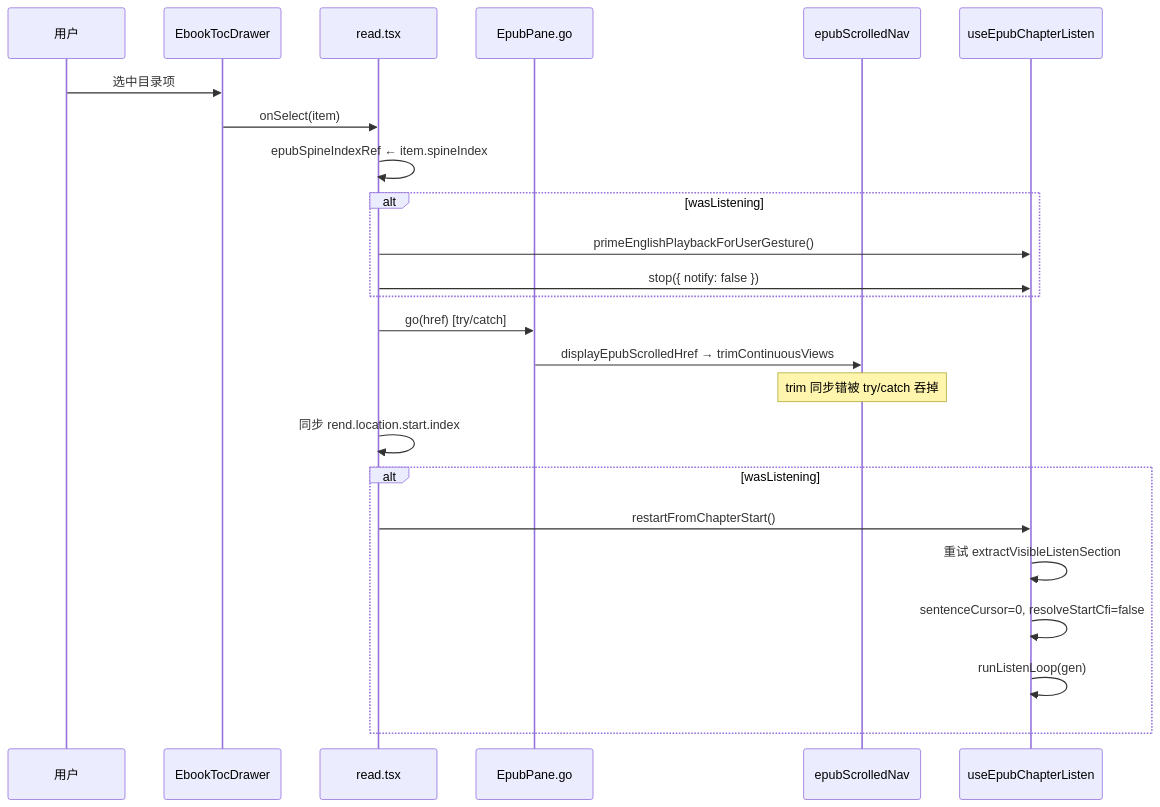
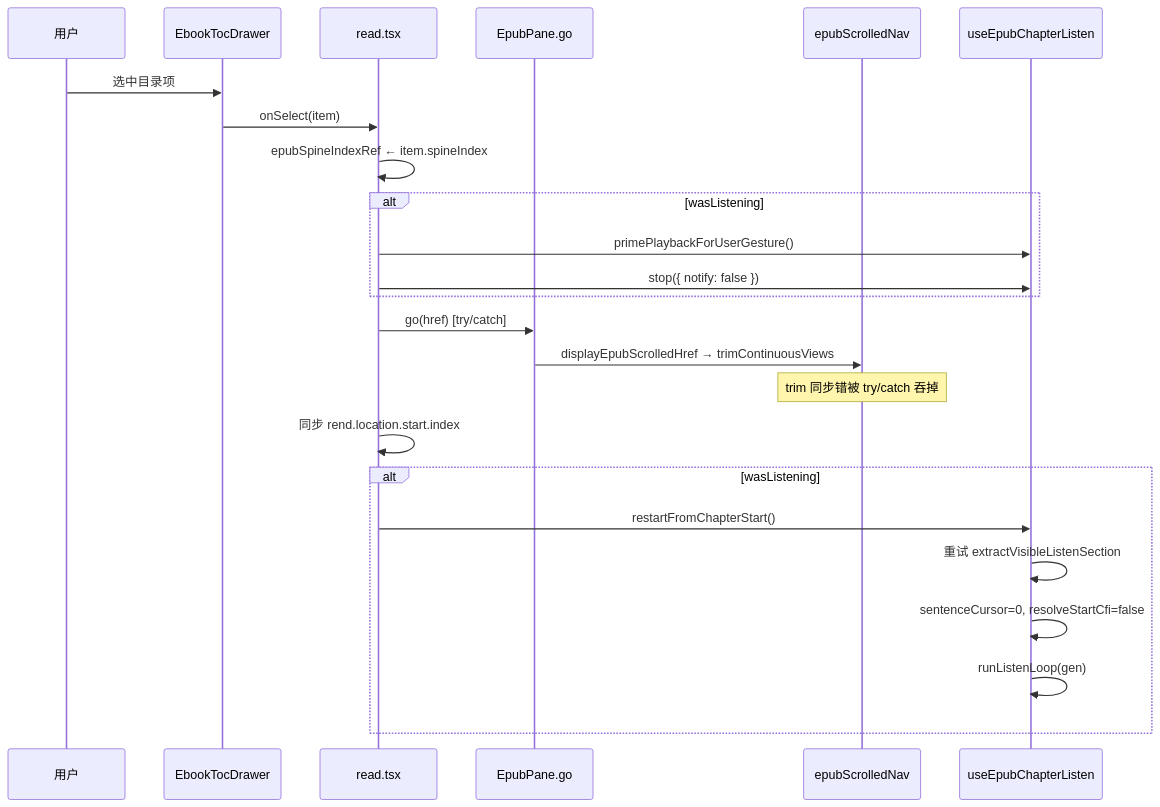
One commit to dnhyxc/dnhyxc-ai changed the diagram in docs/ebook/epub-listen-toc-chapter-restart.md. Above: the diagram before and after it, drawn with Mermaid. The commit also changed other lines of this file and 111 other files, not shown here.

````diff
--- a/docs/ebook/epub-listen-toc-chapter-restart.md
+++ b/docs/ebook/epub-listen-toc-chapter-restart.md
@@ -37,27 +37,27 @@
 ```mermaid
 sequenceDiagram
   participant U as 用户
   participant TOC as EbookTocDrawer
   participant Read as read.tsx
   participant Nav as EpubPane.go
   participant NavUtil as epubScrolledNav
   participant Hook as useEpubChapterListen
 
   U->>TOC: 选中目录项
   TOC->>Read: onSelect(item)
   Read->>Read: epubSpineIndexRef ← item.spineIndex
   alt wasListening
-    Read->>Hook: primeEnglishPlaybackForUserGesture()
+    Read->>Hook: primePlaybackForUserGesture()
     Read->>Hook: stop({ notify: false })
   end
   Read->>Nav: go(href) [try/catch]
   Nav->>NavUtil: displayEpubScrolledHref → trimContinuousViews
   Note over NavUtil: trim 同步错被 try/catch 吞掉
   Read->>Read: 同步 rend.location.start.index
   alt wasListening
     Read->>Hook: restartFromChapterStart()
     Hook->>Hook: 重试 extractVisibleListenSection
     Hook->>Hook: sentenceCursor=0, resolveStartCfi=false
     Hook->>Hook: runListenLoop(gen)
   end
 ```
````
